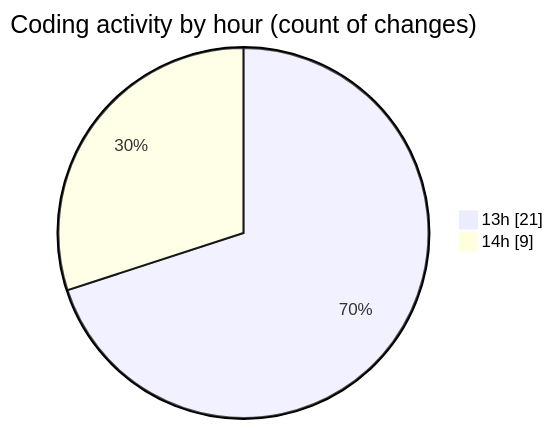
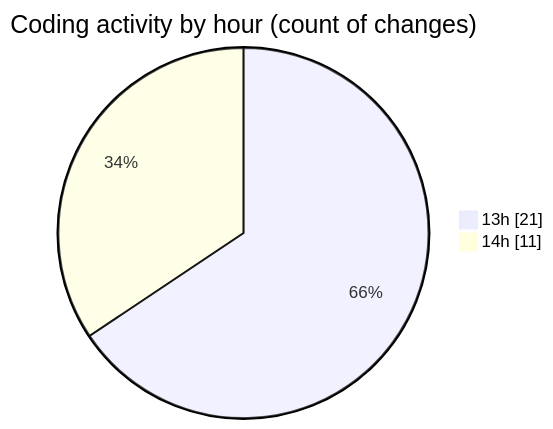
The second of 2 diagrams in 2025-01-14/trackers_app/README.md (donsfak/code-tracking), drawn with Mermaid before and after one commit. The commit also changed other lines of this file and 1 other file, not shown here.

````diff
--- a/2025-01-14/trackers_app/README.md
+++ b/2025-01-14/trackers_app/README.md
@@ -35,6 +36,6 @@
 ```mermaid
 pie showData
 title Coding activity by hour (count of changes)
 "13h" : 21
-"14h" : 9
+"14h" : 11
 ```
````
